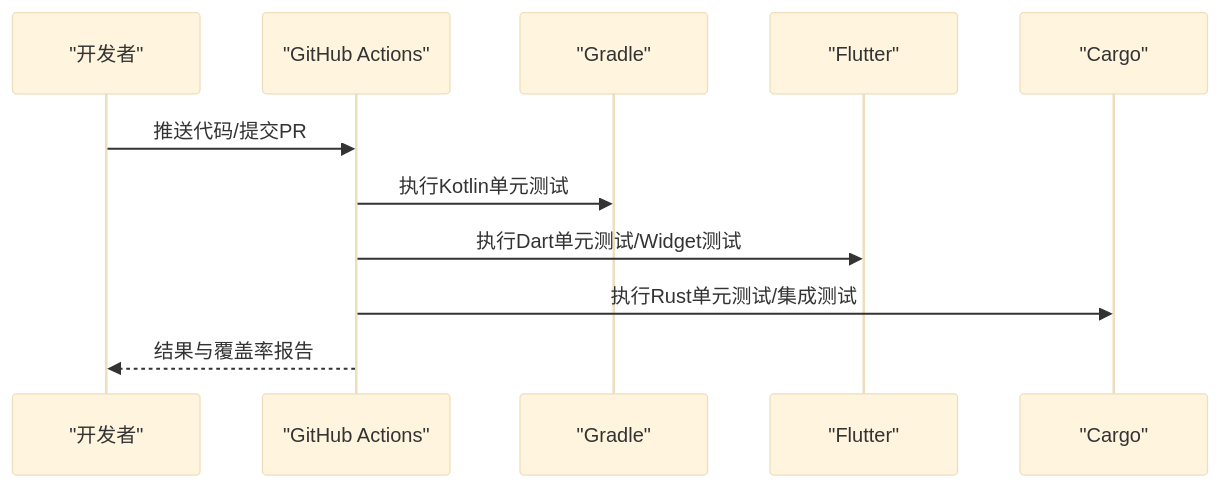
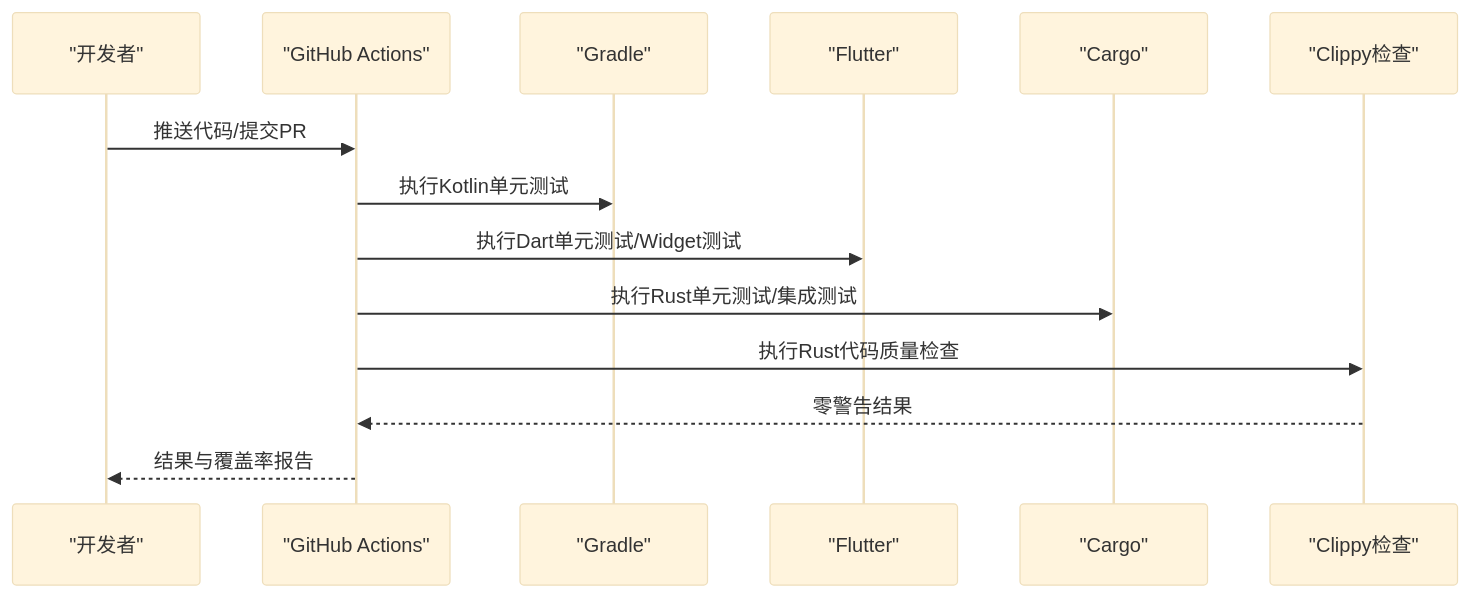
Before and after one commit to ZhangGHGitHub/LegadoTeamFlutter: the fifth of 5 diagrams in .qoder/repowiki/zh/content/开发指南/测试策略/测试策略.md, drawn with Mermaid (base theme). The commit also changed other lines of this file and 66 other files, not shown here.

````diff
--- a/.qoder/repowiki/zh/content/开发指南/测试策略/测试策略.md
+++ b/.qoder/repowiki/zh/content/开发指南/测试策略/测试策略.md
@@ -321,13 +392,16 @@
 ```mermaid
 sequenceDiagram
 participant Dev as "开发者"
 participant GH as "GitHub Actions"
 participant Gradle as "Gradle"
 participant Flutter as "Flutter"
 participant Cargo as "Cargo"
+participant Clippy as "Clippy检查"
 Dev->>GH : 推送代码/提交PR
 GH->>Gradle : 执行Kotlin单元测试
 GH->>Flutter : 执行Dart单元测试/Widget测试
 GH->>Cargo : 执行Rust单元测试/集成测试
+GH->>Clippy : 执行Rust代码质量检查
+Clippy-->>GH : 零警告结果
 GH-->>Dev : 结果与覆盖率报告
 ```
````
